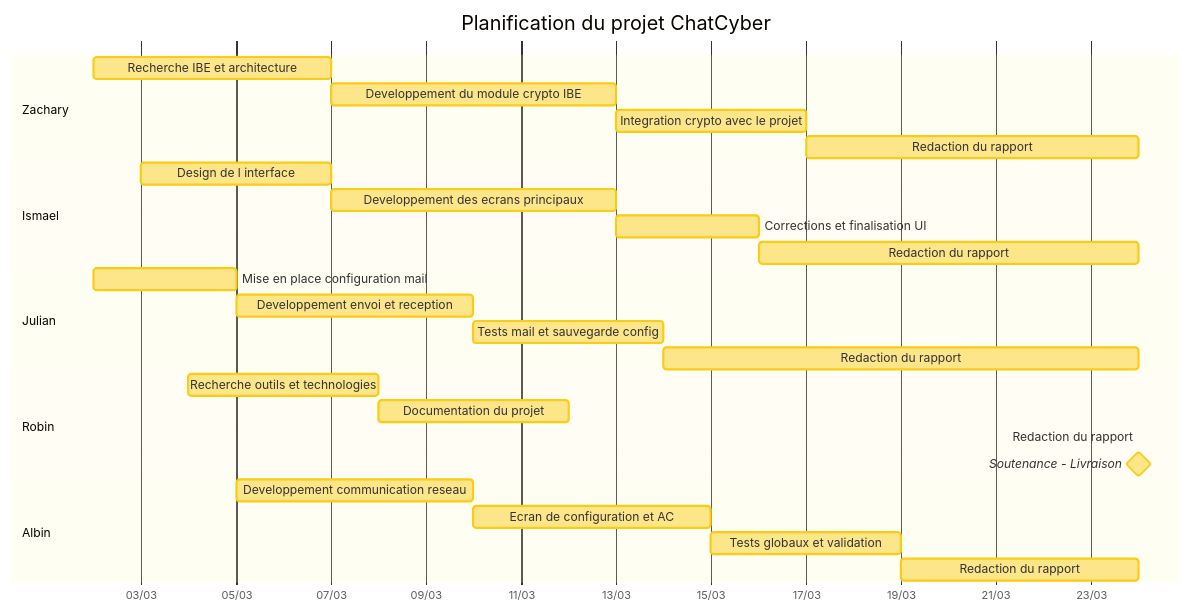
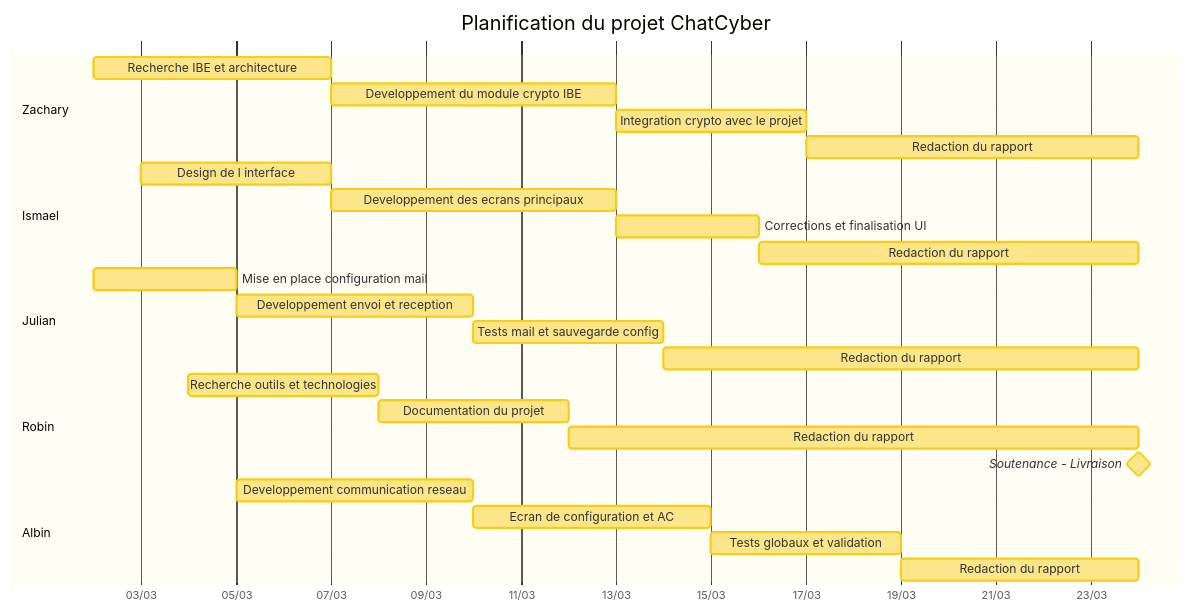
One commit to ismo009/chatcyber changed the diagram in README_GANTT.md. Above: the diagram before and after it, drawn with Mermaid.

````diff
--- a/README_GANTT.md
+++ b/README_GANTT.md
@@ -5,63 +5,63 @@
 ```mermaid
 %%{init: {'theme': 'base', 'themeVariables': {
     'sectionBkgColor': '#fef9c3',
     'sectionBkgColor2': '#fef9c3',
     'altSectionBkgColor': '#fef3c7',
     'taskBkgColor': '#fde68a',
     'taskTextColor': '#3f3f46',
     'taskBorderColor': '#facc15',
     'doneTaskBkgColor': '#fde68a',
     'doneTaskBorderColor': '#facc15',
     'activeTaskBkgColor': '#fde68a',
     'activeTaskBorderColor': '#facc15',
     'section0': '#fde68a',
     'section1': '#fde68a',
     'section2': '#fde68a',
     'section3': '#fde68a',
     'section4': '#fde68a',
     'taskText0': '#3f3f46',
     'taskText1': '#3f3f46',
     'taskText2': '#3f3f46',
     'taskText3': '#3f3f46',
     'taskText4': '#3f3f46',
     'cScale0': '#fde68a',
     'cScale1': '#fde68a',
     'cScale2': '#fde68a',
     'cScale3': '#fde68a',
     'cScale4': '#fde68a'
 }}}%%
 gantt
     title Planification du projet ChatCyber
     dateFormat YYYY-MM-DD
     axisFormat %d/%m
 
     section Zachary
     Recherche IBE et architecture              :done, z1, 2026-03-02, 5d
     Developpement du module crypto IBE         :done, z2, after z1, 6d
     Integration crypto avec le projet          :done, z3, after z2, 4d
     Redaction du rapport                       :done, z4, after z3, 2026-03-24
 
     section Ismael
     Design de l interface                      :done, i1, 2026-03-03, 4d
     Developpement des ecrans principaux        :done, i2, after i1, 6d
     Corrections et finalisation UI             :done, i3, after i2, 3d
     Redaction du rapport                       :done, i4, after i3, 2026-03-24
 
     section Julian
     Mise en place configuration mail           :done, j1, 2026-03-02, 3d
     Developpement envoi et reception           :done, j2, after j1, 5d
     Tests mail et sauvegarde config            :done, j3, after j2, 4d
     Redaction du rapport                       :done, j4, after j3, 2026-03-24
 
     section Robin
     Recherche outils et technologies           :done, r1, 2026-03-04, 4d
     Documentation du projet                    :done, r2, after r1, 4d
-    Redaction du rapport                       :done, r4, after r3, 2026-03-24
+    Redaction du rapport                       :done, r4, after r2, 2026-03-24
     Soutenance - Livraison                     :milestone, r5, 2026-03-24, 0d
 
     section Albin
     Developpement communication reseau         :done, a1, 2026-03-05, 5d
     Ecran de configuration et AC               :done, a2, after a1, 5d
     Tests globaux et validation                :done, a3, after a2, 4d
     Redaction du rapport                       :done, a4, after a3, 2026-03-24
 ```
````
